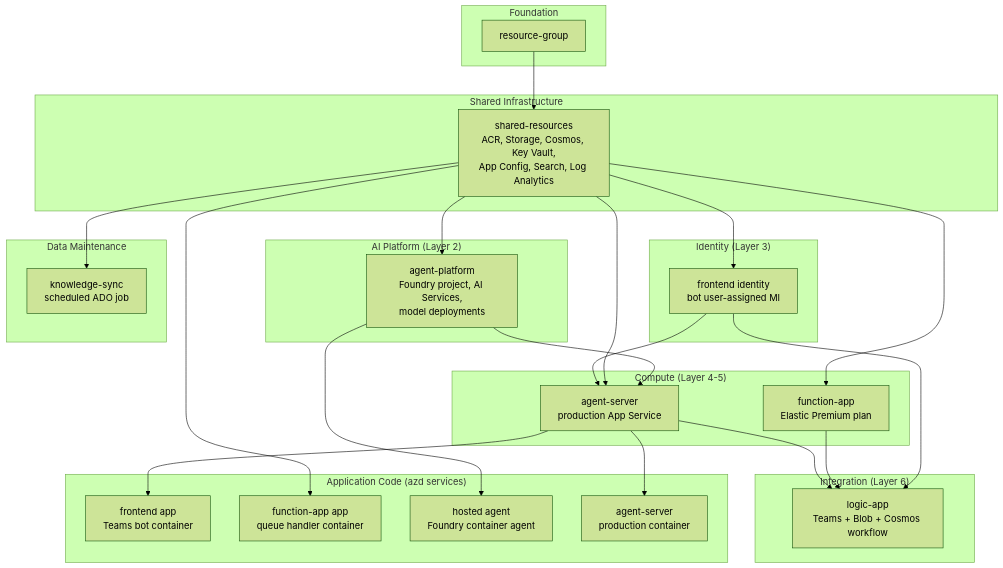
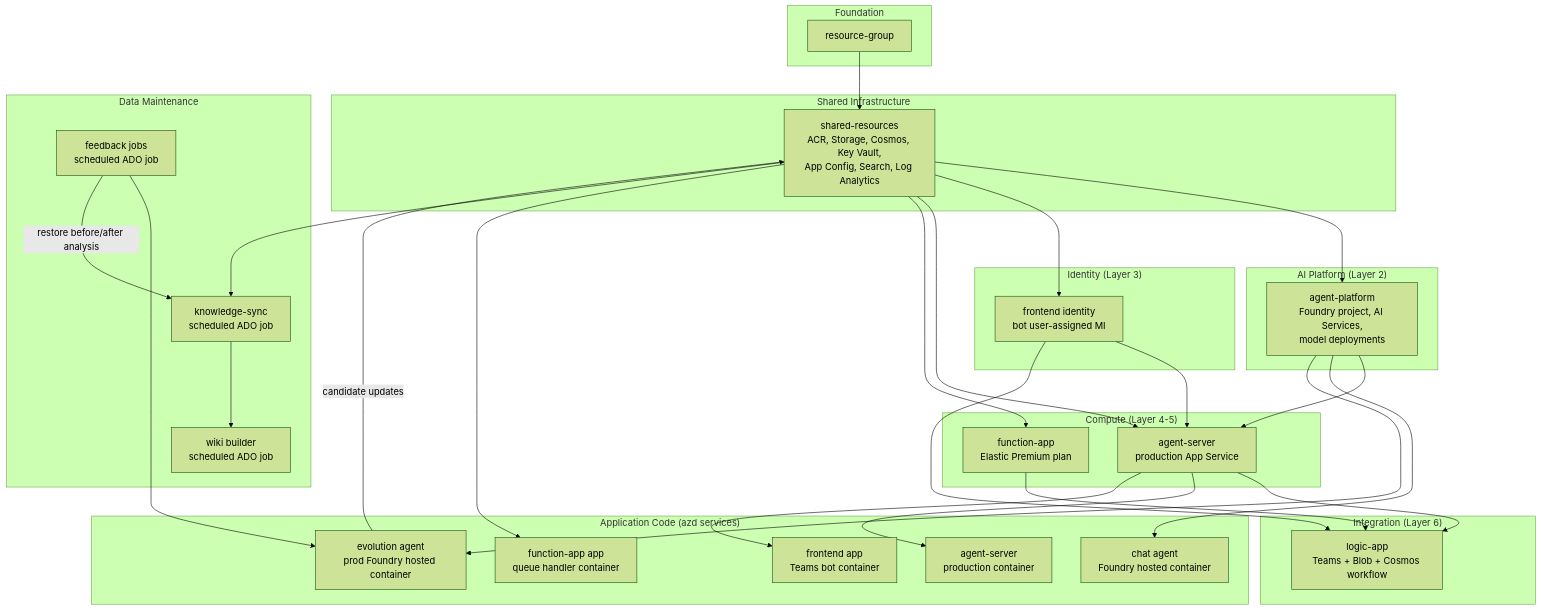
The diagram in tools/sdk-ai-bots/deployment/docs/component-dependency-graph.md (Azure/azure-sdk-tools), drawn with Mermaid (forest theme) before and after one commit. The commit also changed other lines of this file and 59 other files, not shown here.

````diff
--- a/tools/sdk-ai-bots/deployment/docs/component-dependency-graph.md
+++ b/tools/sdk-ai-bots/deployment/docs/component-dependency-graph.md
@@ -3,55 +3,63 @@
 ```mermaid
 graph TD
     subgraph "Foundation"
         RG[resource-group]
     end
 
     subgraph "Shared Infrastructure"
         SR[shared-resources<br/>ACR, Storage, Cosmos, Key Vault,<br/>App Config, Search, Log Analytics]
     end
 
     subgraph "AI Platform (Layer 2)"
         AGP[agent-platform<br/>Foundry project, AI Services,<br/>model deployments]
     end
 
     subgraph "Identity (Layer 3)"
         FE_ID[frontend identity<br/>bot user-assigned MI]
     end
 
     subgraph "Compute (Layer 4-5)"
         BE[agent-server<br/>production App Service]
         FN[function-app<br/>Elastic Premium plan]
     end
 
     subgraph "Integration (Layer 6)"
         LA[logic-app<br/>Teams + Blob + Cosmos workflow]
     end
 
     subgraph "Application Code (azd services)"
         FE_APP[frontend app<br/>Teams bot container]
         FN_APP[function-app app<br/>queue handler container]
-        AG_APP[hosted agent<br/>Foundry container agent]
+        AG_APP[chat agent<br/>Foundry hosted container]
+        EV_APP[evolution agent<br/>prod Foundry hosted container]
         AG_SRV[agent-server<br/>production container]
     end
 
     subgraph "Data Maintenance"
         KS[knowledge-sync<br/>scheduled ADO job]
+        WI[wiki builder<br/>scheduled ADO job]
+        FB[feedback jobs<br/>scheduled ADO job]
     end
 
     RG --> SR
     SR --> AGP
     SR --> FE_ID
     FE_ID --> BE
     SR --> BE
     AGP --> BE
     SR --> FN
     BE --> LA
     FN --> LA
     FE_ID --> LA
 
     BE --> AG_SRV
     AGP --> AG_APP
+    AGP --> EV_APP
     BE --> FE_APP
     SR --> FN_APP
     SR --> KS
+    KS --> WI
+    FB --> EV_APP
+    EV_APP -->|candidate updates| SR
+    FB -->|restore before/after analysis| KS
 ```
````
